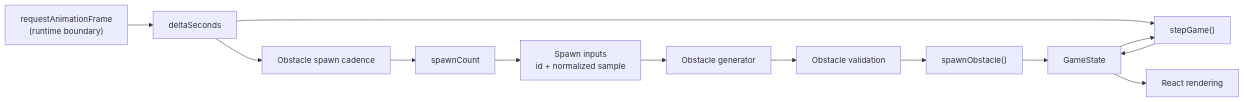
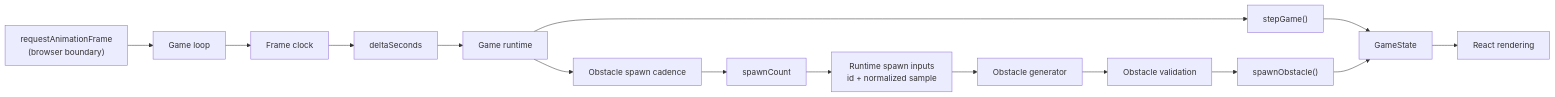
One commit to luigicampbell/sse-portfolio changed the first of 3 diagrams in apps/web/src/features/not-found-game/README.md. Above: the diagram before and after it, drawn with Mermaid. The commit also changed other lines of this file, not shown here.

Commit message:
docs(web): align not-found game roadmap with implementation

````diff
--- a/apps/web/src/features/not-found-game/README.md
+++ b/apps/web/src/features/not-found-game/README.md
@@ -70,29 +72,35 @@
 ```mermaid
 flowchart LR
-    RAF["requestAnimationFrame<br/>(runtime boundary)"]
+    RAF["requestAnimationFrame<br/>(browser boundary)"]
+    LOOP["Game loop"]
+    CLOCK["Frame clock"]
     DT["deltaSeconds"]
+    RUNTIME["Game runtime"]
+    STEP["stepGame()"]
     CADENCE["Obstacle spawn cadence"]
     COUNT["spawnCount"]
-    INPUTS["Spawn inputs<br/>id + normalized sample"]
+    INPUTS["Runtime spawn inputs<br/>id + normalized sample"]
     GENERATOR["Obstacle generator"]
     VALIDATION["Obstacle validation"]
     SPAWN["spawnObstacle()"]
-    STEP["stepGame()"]
     STATE["GameState"]
     UI["React rendering"]
 
-    RAF --> DT
-    DT --> CADENCE
+    RAF --> LOOP
+    LOOP --> CLOCK
+    CLOCK --> DT
+    DT --> RUNTIME
+
+    RUNTIME --> STEP
+    STEP --> STATE
+
+    RUNTIME --> CADENCE
     CADENCE --> COUNT
     COUNT --> INPUTS
     INPUTS --> GENERATOR
     GENERATOR --> VALIDATION
     VALIDATION --> SPAWN
     SPAWN --> STATE
 
-    DT --> STEP
-    STATE --> STEP
-    STEP --> STATE
-
     STATE --> UI
 ```
````
